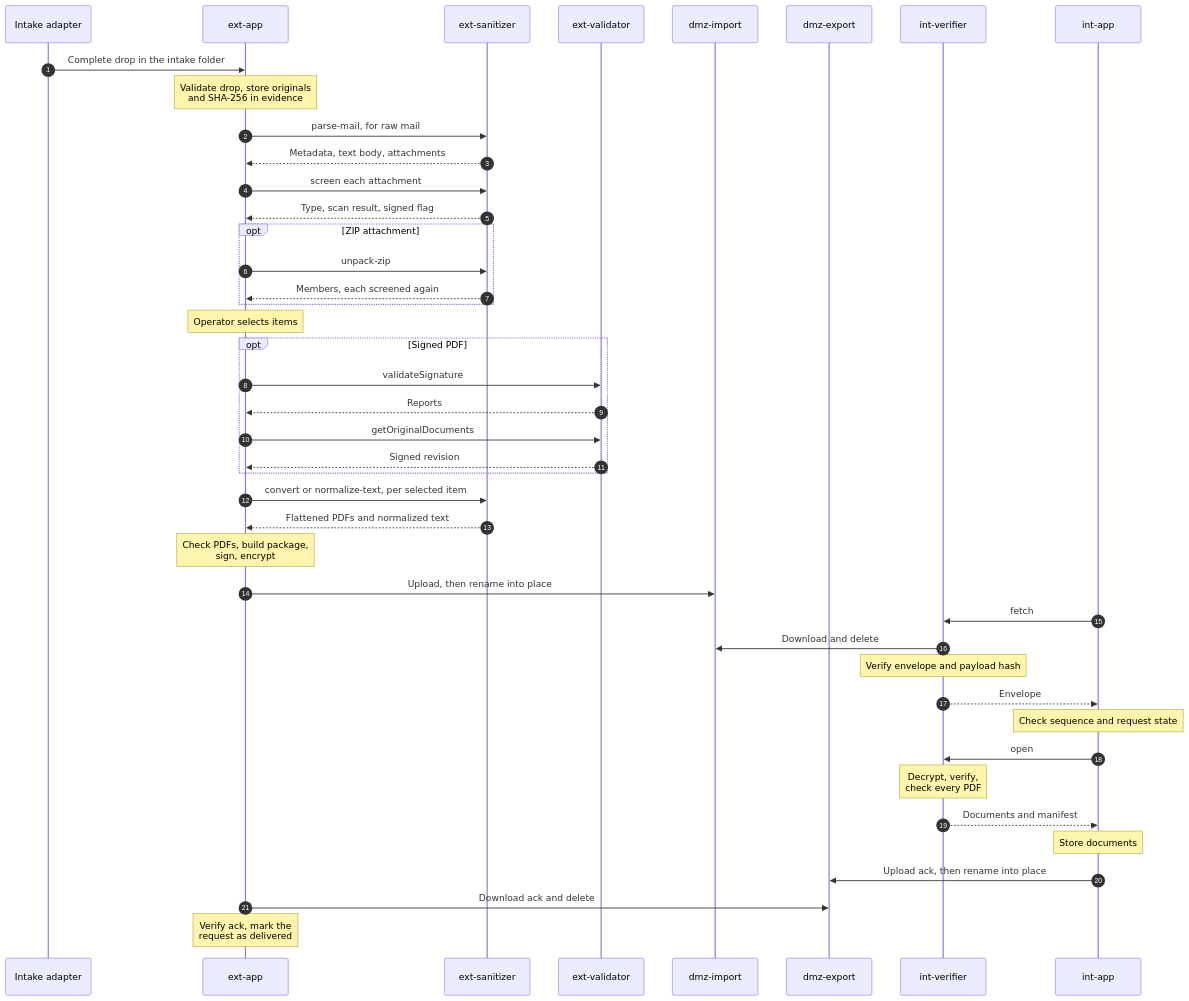
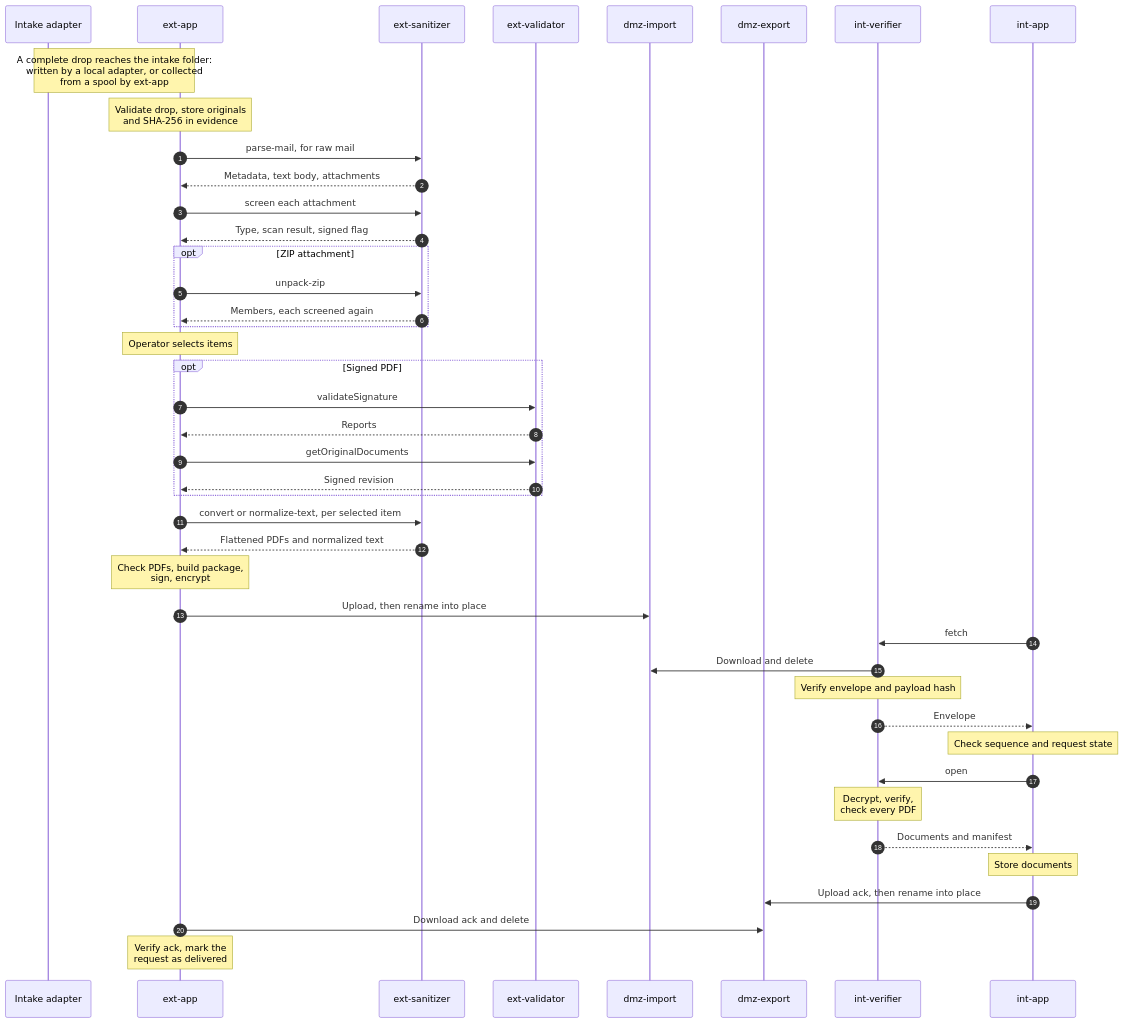
The third of 8 diagrams in document-exchange-mvp-technical-documentation.md (tgivslife/dxg-document-gateway), drawn with Mermaid before and after one commit. The commit also changed other lines of this file and 4 other files, not shown here.

````diff
--- a/document-exchange-mvp-technical-documentation.md
+++ b/document-exchange-mvp-technical-documentation.md
@@ -270,49 +270,49 @@
 ```mermaid
 sequenceDiagram
     accDescr: Sequence of the import flow from the intake adapter to int-app
     %% Each arrow points from the side that opens the connection.
     %% Dashed arrows are replies on the same connection.
     autonumber
     participant A as Intake adapter
     participant EC as ext-app
     participant ES as ext-sanitizer
     participant EV as ext-validator
     participant DI as dmz-import
     participant DE as dmz-export
     participant IVF as int-verifier
     participant IC as int-app
 
-    A->>EC: Complete drop in the intake folder
+    Note over A,EC: A complete drop reaches the intake folder:<br/>written by a local adapter, or collected<br/>from a spool by ext-app
     Note over EC: Validate drop, store originals<br/>and SHA-256 in evidence
     EC->>ES: parse-mail, for raw mail
     ES-->>EC: Metadata, text body, attachments
     EC->>ES: screen each attachment
     ES-->>EC: Type, scan result, signed flag
     opt ZIP attachment
         EC->>ES: unpack-zip
         ES-->>EC: Members, each screened again
     end
     Note over EC: Operator selects items
     opt Signed PDF
         EC->>EV: validateSignature
         EV-->>EC: Reports
         EC->>EV: getOriginalDocuments
         EV-->>EC: Signed revision
     end
     EC->>ES: convert or normalize-text, per selected item
     ES-->>EC: Flattened PDFs and normalized text
     Note over EC: Check PDFs, build package,<br/>sign, encrypt
     EC->>DI: Upload, then rename into place
     IC->>IVF: fetch
     IVF->>DI: Download and delete
     Note over IVF: Verify envelope and payload hash
     IVF-->>IC: Envelope
     Note over IC: Check sequence and request state
     IC->>IVF: open
     Note over IVF: Decrypt, verify,<br/>check every PDF
     IVF-->>IC: Documents and manifest
     Note over IC: Store documents
     IC->>DE: Upload ack, then rename into place
     EC->>DE: Download ack and delete
     Note over EC: Verify ack, mark the<br/>request as delivered
 ```
````
